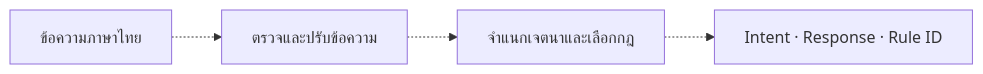
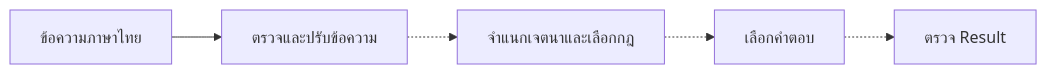
The first of 2 diagrams in README.md (siwakon8285/thai-anti-scam-ai), drawn with Mermaid before and after one commit. The commit also changed other lines of this file and 9 other files, not shown here.

````diff
--- a/README.md
+++ b/README.md
@@ -31,6 +32,7 @@
 ```mermaid
 flowchart LR
-    input["ข้อความภาษาไทย"] -.-> text["ตรวจและปรับข้อความ"]
+    input["ข้อความภาษาไทย"] --> text["ตรวจและปรับข้อความ"]
     text -.-> rules["จำแนกเจตนาและเลือกกฎ"]
-    rules -.-> output["Intent · Response · Rule ID"]
+    rules -.-> response["เลือกคำตอบ"]
+    response -.-> output["ตรวจ Result"]
 ```
````
